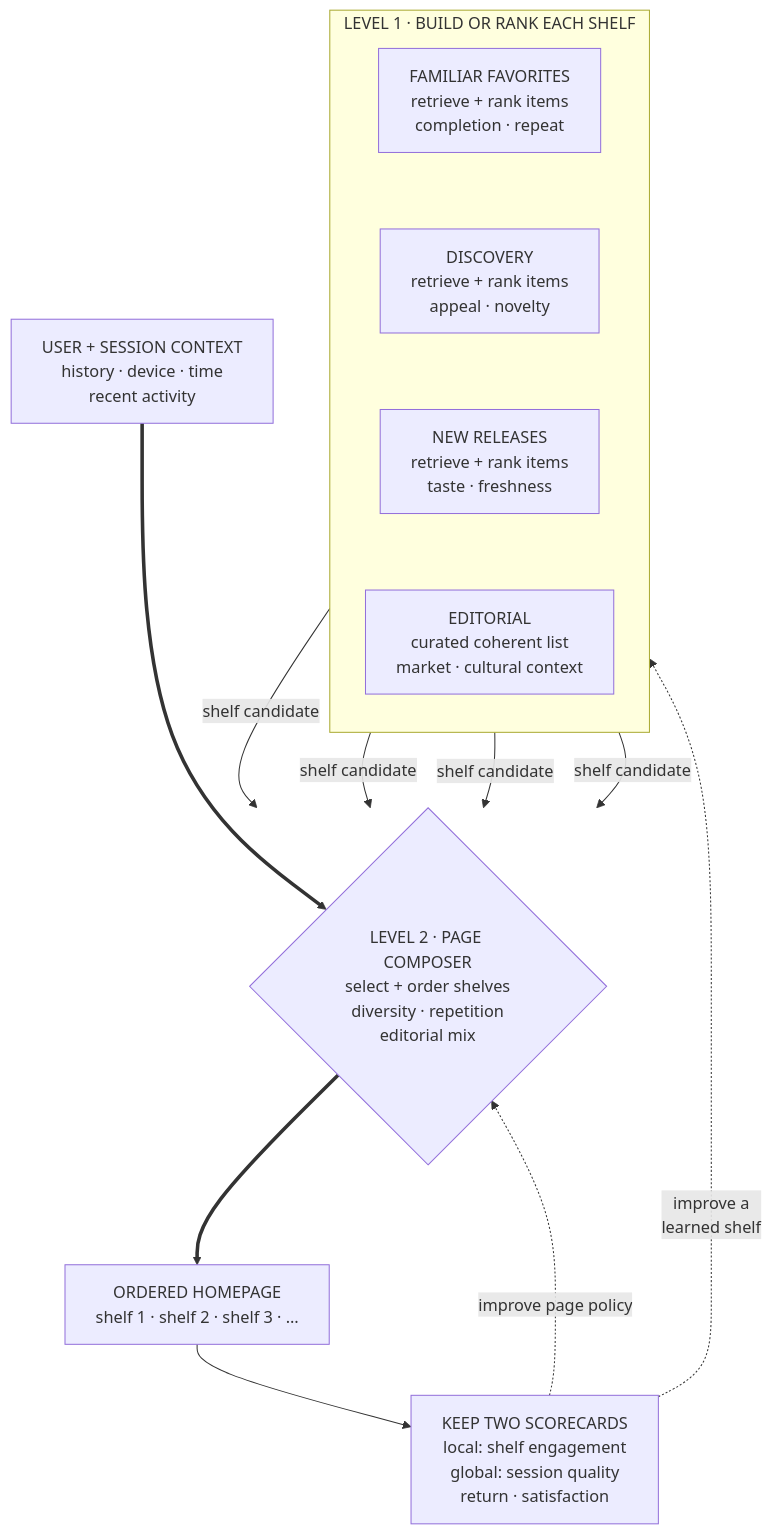
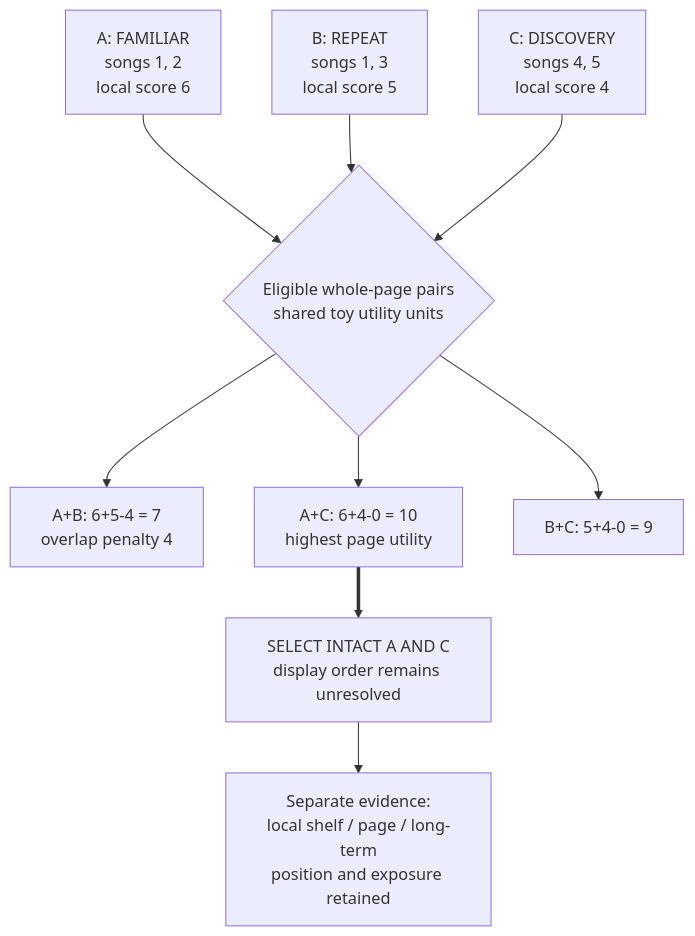
One commit to mlmentorship/mlmentorship.github.io changed the diagram in src/content/posts/2025-12-12-design-spotify-homepage.md. Above: the diagram before and after it, drawn with Mermaid. The commit also changed other lines of this file and 258 other files, not shown here.

````diff
--- a/src/content/posts/2025-12-12-design-spotify-homepage.md
+++ b/src/content/posts/2025-12-12-design-spotify-homepage.md
@@ -28,35 +52,25 @@
 ```mermaid
 flowchart TB
-  accTitle: Two ranking levels compose a multi-shelf recommendation homepage
-  accDescr: At the first level, separate pipelines build or rank coherent shelves for familiar favorites, discovery, new releases, and editorial content. Each produces a completed shelf candidate with its own intent and local objective. At the second level, a page composer receives those completed shelf candidates plus user and session context. It selects which shelves appear and orders them while enforcing cross-shelf diversity, editorial commitments, and repetition constraints. The output is an ordered homepage of intact shelves. Evaluation keeps local shelf outcomes separate from page and long-term outcomes, so a locally strong shelf does not automatically dominate the page.
-
-  subgraph LOCAL["LEVEL 1 · BUILD OR RANK EACH SHELF"]
-	direction TB
-    Familiar["FAMILIAR FAVORITES<br/>retrieve + rank items<br/>completion · repeat"]
-    Discovery["DISCOVERY<br/>retrieve + rank items<br/>appeal · novelty"]
-    Fresh["NEW RELEASES<br/>retrieve + rank items<br/>taste · freshness"]
-    Editorial["EDITORIAL<br/>curated coherent list<br/>market · cultural context"]
-    Familiar ~~~ Discovery ~~~ Fresh ~~~ Editorial
-  end
-
-  Context["USER + SESSION CONTEXT<br/>history · device · time<br/>recent activity"]
-  Composer{"LEVEL 2 · PAGE COMPOSER<br/>select + order shelves<br/>diversity · repetition<br/>editorial mix"}
-  Homepage["ORDERED HOMEPAGE<br/>shelf 1 · shelf 2 · shelf 3 · …"]
-  Evidence["KEEP TWO SCORECARDS<br/>local: shelf engagement<br/>global: session quality<br/>return · satisfaction"]
-
-  Familiar -->|"shelf candidate"| Composer
-  Discovery -->|"shelf candidate"| Composer
-  Fresh -->|"shelf candidate"| Composer
-  Editorial -->|"shelf candidate"| Composer
-  Context ==> Composer
-  Composer ==> Homepage
-  Homepage --> Evidence
-  Evidence -.->|"improve a<br/>learned shelf"| Familiar
-  Evidence -.->|"improve page policy"| Composer
-
-  class Familiar,Discovery,Fresh,Editorial viz-input
-  class Context viz-state
-  class Composer viz-focus
-  class Homepage,Evidence viz-output
-  class Familiar viz-wide
+  accTitle: Three intact shelf candidates produce three distinct pair utilities
+  accDescr: Shelf A has familiar songs 1 and 2 and local score 6. Shelf B has repeat songs 1 and 3 and local score 5. Shelf C has discovery songs 4 and 5 and local score 4. A page composer compares eligible pairs with a stated penalty of four only for A plus B. A plus B has utility 7, A plus C has 10, and B plus C has 9. It selects intact shelves A and C. This symmetric example does not determine display order; position policy and local versus page outcomes require separate evidence.
+  Familiar["A: FAMILIAR<br/>songs 1, 2<br/>local score 6"]
+  Repeat["B: REPEAT<br/>songs 1, 3<br/>local score 5"]
+  Discovery["C: DISCOVERY<br/>songs 4, 5<br/>local score 4"]
+  Composer{"Eligible whole-page pairs<br/>shared toy utility units"}
+  PairAB["A+B: 6+5-4 = 7<br/>overlap penalty 4"]
+  PairAC["A+C: 6+4-0 = 10<br/>highest page utility"]
+  PairBC["B+C: 5+4-0 = 9"]
+  Select["SELECT INTACT A AND C<br/>display order remains unresolved"]
+  Evidence["Separate evidence:<br/>local shelf / page / long-term<br/>position and exposure retained"]
+  Familiar --> Composer
+  Repeat --> Composer
+  Discovery --> Composer
+  Composer --> PairAB
+  Composer --> PairAC
+  Composer --> PairBC
+  PairAC ==> Select --> Evidence
+  class Familiar,Repeat,Discovery viz-input
+  class Composer,PairAC viz-focus
+  class PairAB,PairBC viz-neutral
+  class Select,Evidence viz-output
 ```
````
